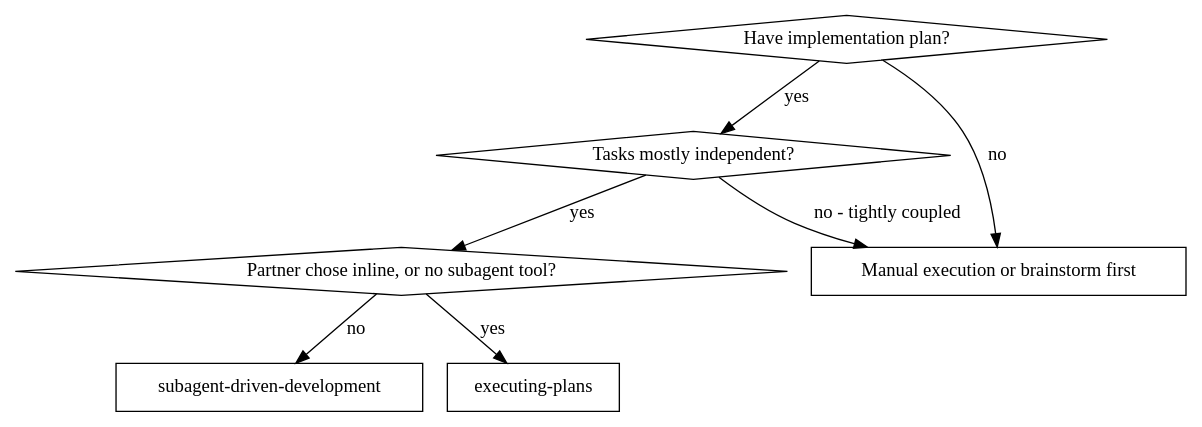
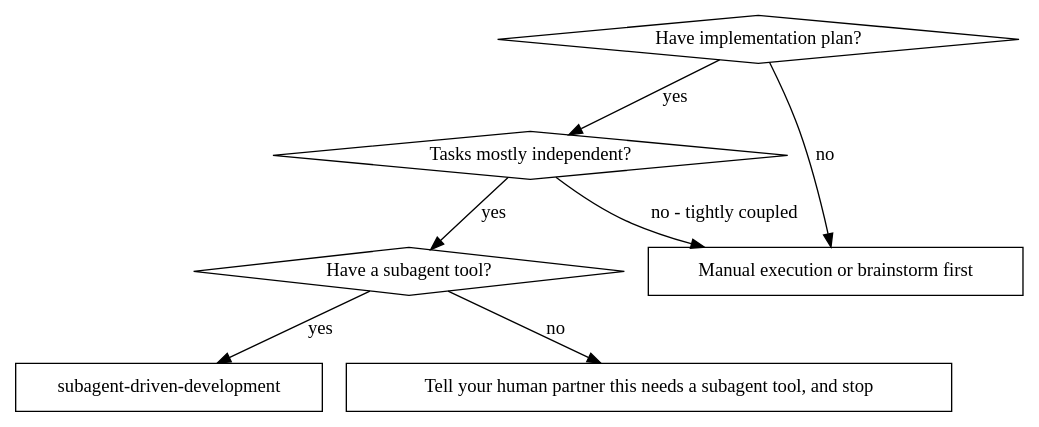
The first of 2 diagrams in skills/subagent-driven-development/SKILL.md (ThakkarChandresh/claude-workflow), drawn with Graphviz before and after one commit. The commit also changed other lines of this file and 8 other files, not shown here.

First line of the commit message:
Run every plan through devflow's subagent-driven development

````diff
--- a/skills/subagent-driven-development/SKILL.md
+++ b/skills/subagent-driven-development/SKILL.md
@@ -35,17 +35,17 @@
 ```dot
 digraph when_to_use {
     "Have implementation plan?" [shape=diamond];
     "Tasks mostly independent?" [shape=diamond];
-    "Partner chose inline, or no subagent tool?" [shape=diamond];
+    "Have a subagent tool?" [shape=diamond];
     "subagent-driven-development" [shape=box];
-    "executing-plans" [shape=box];
+    "Tell your human partner this needs a subagent tool, and stop" [shape=box];
     "Manual execution or brainstorm first" [shape=box];
 
     "Have implementation plan?" -> "Tasks mostly independent?" [label="yes"];
     "Have implementation plan?" -> "Manual execution or brainstorm first" [label="no"];
-    "Tasks mostly independent?" -> "Partner chose inline, or no subagent tool?" [label="yes"];
+    "Tasks mostly independent?" -> "Have a subagent tool?" [label="yes"];
     "Tasks mostly independent?" -> "Manual execution or brainstorm first" [label="no - tightly coupled"];
-    "Partner chose inline, or no subagent tool?" -> "executing-plans" [label="yes"];
-    "Partner chose inline, or no subagent tool?" -> "subagent-driven-development" [label="no"];
+    "Have a subagent tool?" -> "subagent-driven-development" [label="yes"];
+    "Have a subagent tool?" -> "Tell your human partner this needs a subagent tool, and stop" [label="no"];
 }
 ```
````
